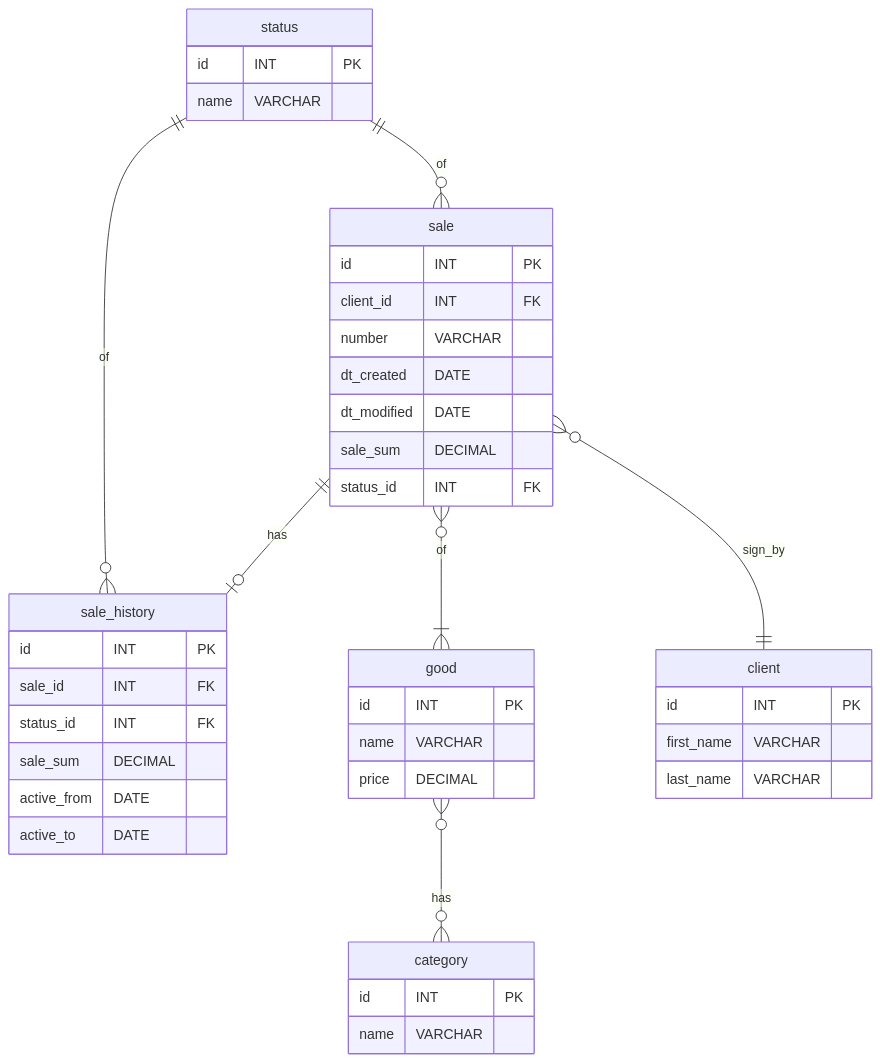
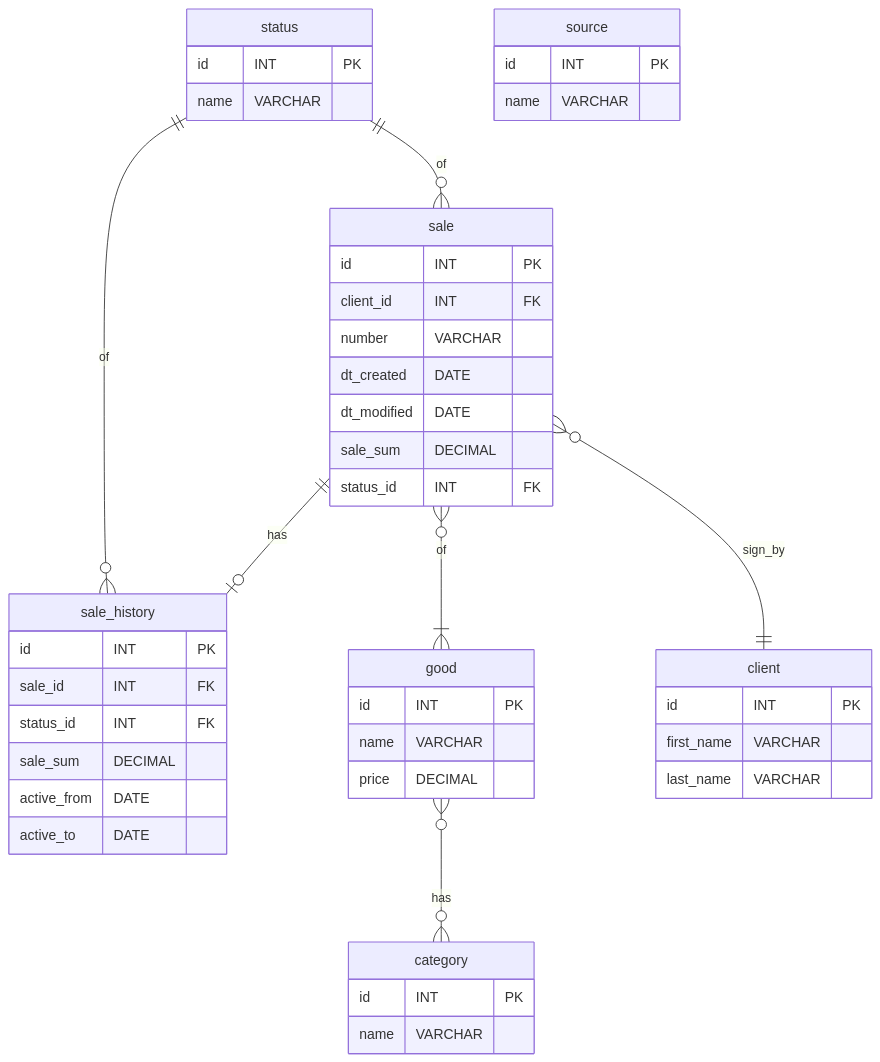
Before and after one commit to MikeKondr99/NTDPS: the second of 2 diagrams in markdown/task4.md, drawn with Mermaid. The commit also changed other lines of this file and 1 other file, not shown here.

````diff
--- a/markdown/task4.md
+++ b/markdown/task4.md
@@ -84,52 +88,58 @@
 ```mermaid
+erDiagram
 %%{init: {'themeCSS': '.er.entityLabel {fill: black !important;} .er.entityBox { fill:rgb(181, 181, 238) !important; }'}}%%
-erDiagram
 
-sale_history {
-    id INT PK
-    sale_id INT FK
-    status_id INT FK
-    sale_sum DECIMAL 
-    active_from DATE
-    active_to DATE
-}
+    sale_history {
+        id INT PK
+        sale_id INT FK
+        status_id INT FK
+        sale_sum DECIMAL 
+        active_from DATE
+        active_to DATE
+    }
 
-status {
-    id INT PK
-    name VARCHAR
-}
+    status {
+        id INT PK
+        name VARCHAR
+    }
 
-sale {
-    id INT PK
-    client_id INT FK
-    number VARCHAR
-    dt_created DATE
-    dt_modified DATE
-    sale_sum DECIMAL
-    status_id INT FK
-}
+    sale {
+        id INT PK
+        client_id INT FK
+        number VARCHAR
+        dt_created DATE
+        dt_modified DATE
+        sale_sum DECIMAL
+        status_id INT FK
+    }
 
-category {
-    id INT PK
-    name VARCHAR
-}
+    category {
+        id INT PK
+        name VARCHAR
+    }
 
-good {
-    id INT PK
-    name VARCHAR
-    price DECIMAL
-}
+    good {
+        id INT PK
+        name VARCHAR
+        price DECIMAL
+    }
 
-client {
-    id INT PK
-    first_name VARCHAR
-    last_name VARCHAR
-}
+    client {
+        id INT PK
+        first_name VARCHAR
+        last_name VARCHAR
+    }
 
-sale }o--|| client : sign_by
-good }o--o{ category : has
-sale ||--o| sale_history : has
-status ||--o{ sale_history : of
-status ||--o{ sale : of
-sale }o--|{ good : of
+    source {
+        id INT PK
+        name VARCHAR
+    }
+
+    sale }o--|| client : sign_by
+    good }o--o{ category : has
+    sale ||--o| sale_history : has
+    status ||--o{ sale_history : of
+    status ||--o{ sale : of
+    sale }o--|{ good : of
+
 ```
````
